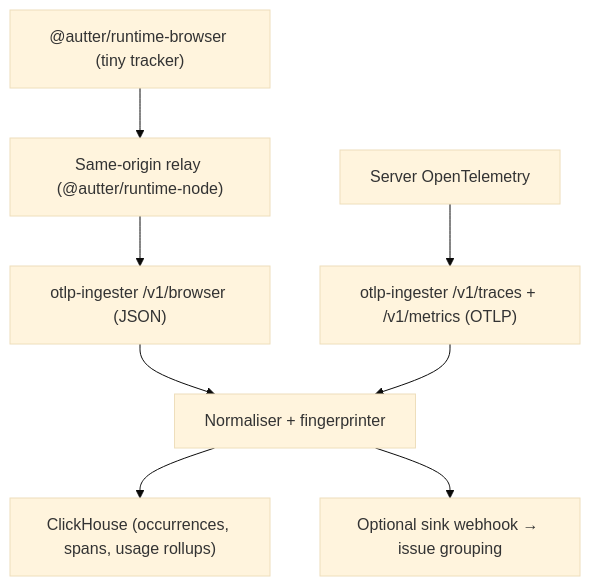
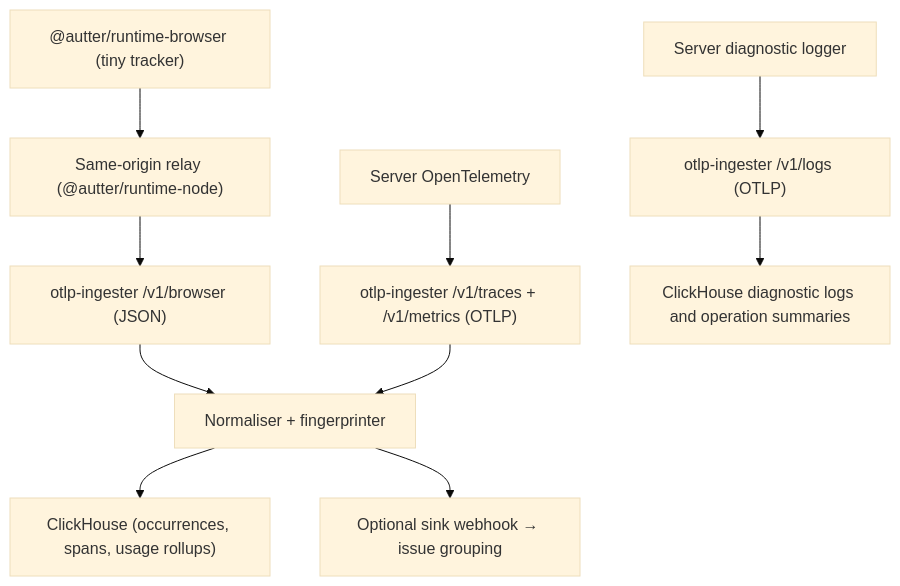
One commit to Autter-dev/docs changed the diagram in runtime/introduction.mdx. Above: the diagram before and after it, drawn with Mermaid (base theme). The commit also changed other lines of this file and 10 other files, not shown here.

````diff
--- a/runtime/introduction.mdx
+++ b/runtime/introduction.mdx
@@ -13,10 +13,12 @@
 ```mermaid
 flowchart TD
     A["@autter/runtime-browser (tiny tracker)"] --> B["Same-origin relay (@autter/runtime-node)"]
     B --> D["otlp-ingester /v1/browser (JSON)"]
     C["Server OpenTelemetry"] --> E["otlp-ingester /v1/traces + /v1/metrics (OTLP)"]
+    I["Server diagnostic logger"] --> J["otlp-ingester /v1/logs (OTLP)"]
+    J --> K["ClickHouse diagnostic logs and operation summaries"]
     D --> F["Normaliser + fingerprinter"]
     E --> F
     F --> G["ClickHouse (occurrences, spans, usage rollups)"]
     F --> H["Optional sink webhook → issue grouping"]
 ```
````
